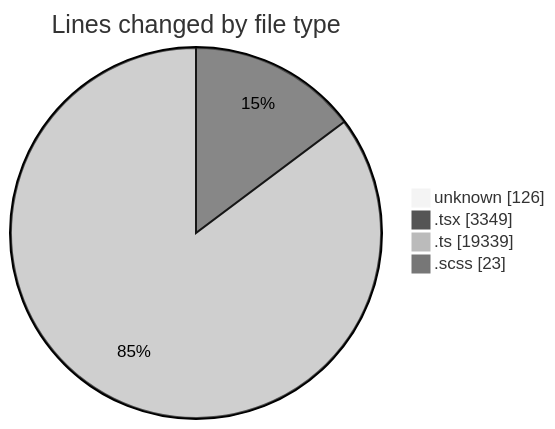
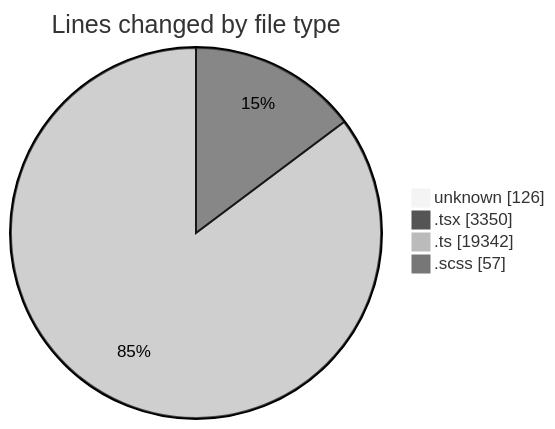
One commit to momahboobian/code-tracking changed the first of 2 diagrams in 2026-09-23/cda/README.md. Above: the diagram before and after it, drawn with Mermaid (neutral theme). The commit also changed other lines of this file and 1 other file, not shown here.

````diff
--- a/2026-09-23/cda/README.md
+++ b/2026-09-23/cda/README.md
@@ -37,8 +38,8 @@
 ```mermaid
 pie showData
 title Lines changed by file type
 "unknown" : 126
-".tsx" : 3349
-".ts" : 19339
-".scss" : 23
+".tsx" : 3350
+".ts" : 19342
+".scss" : 57
 ```
````
